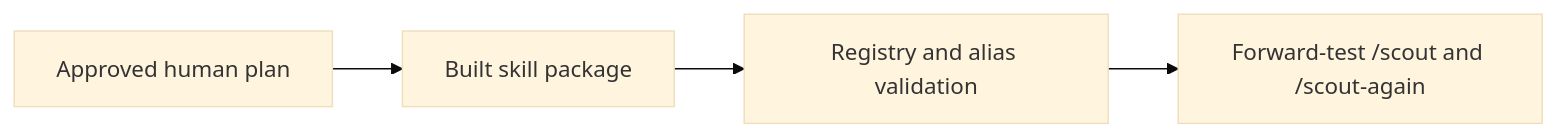
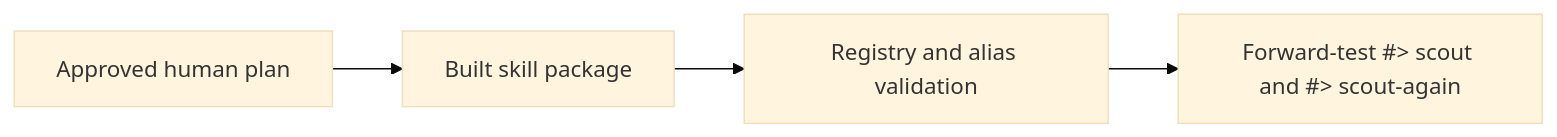
One commit to geekybobz/research-context-scout changed the sixth of 6 diagrams in README.md. Above: the diagram before and after it, drawn with Mermaid (base theme). The commit also changed other lines of this file and 6 other files, not shown here.

````diff
--- a/README.md
+++ b/README.md
@@ -567,6 +594,6 @@
 ```mermaid
 flowchart LR
     P["Approved human plan"] --> S["Built skill package"]
     S --> G["Registry and alias validation"]
-    G --> V["Forward-test /scout and /scout-again"]
+    G --> V["Forward-test #> scout and #> scout-again"]
 ```
````
